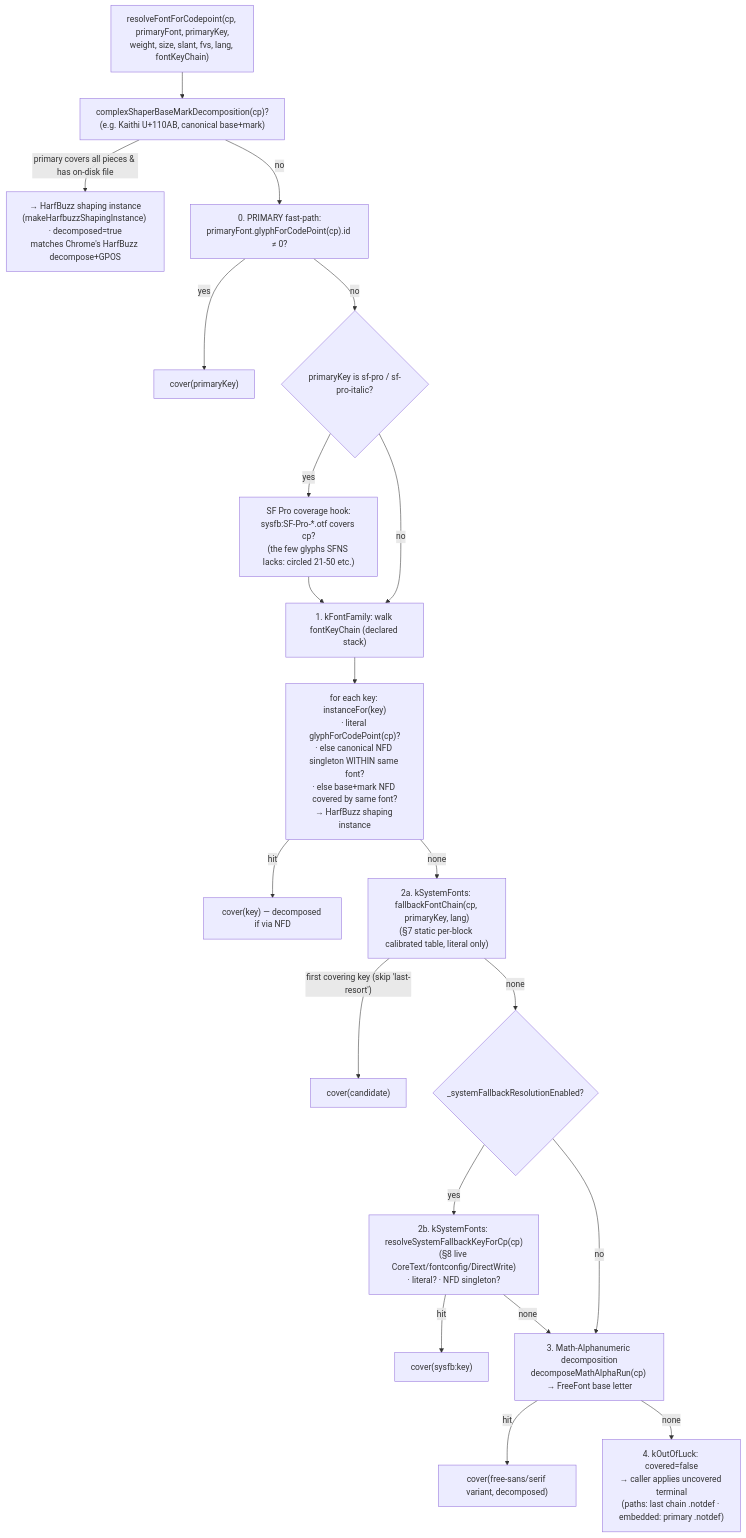
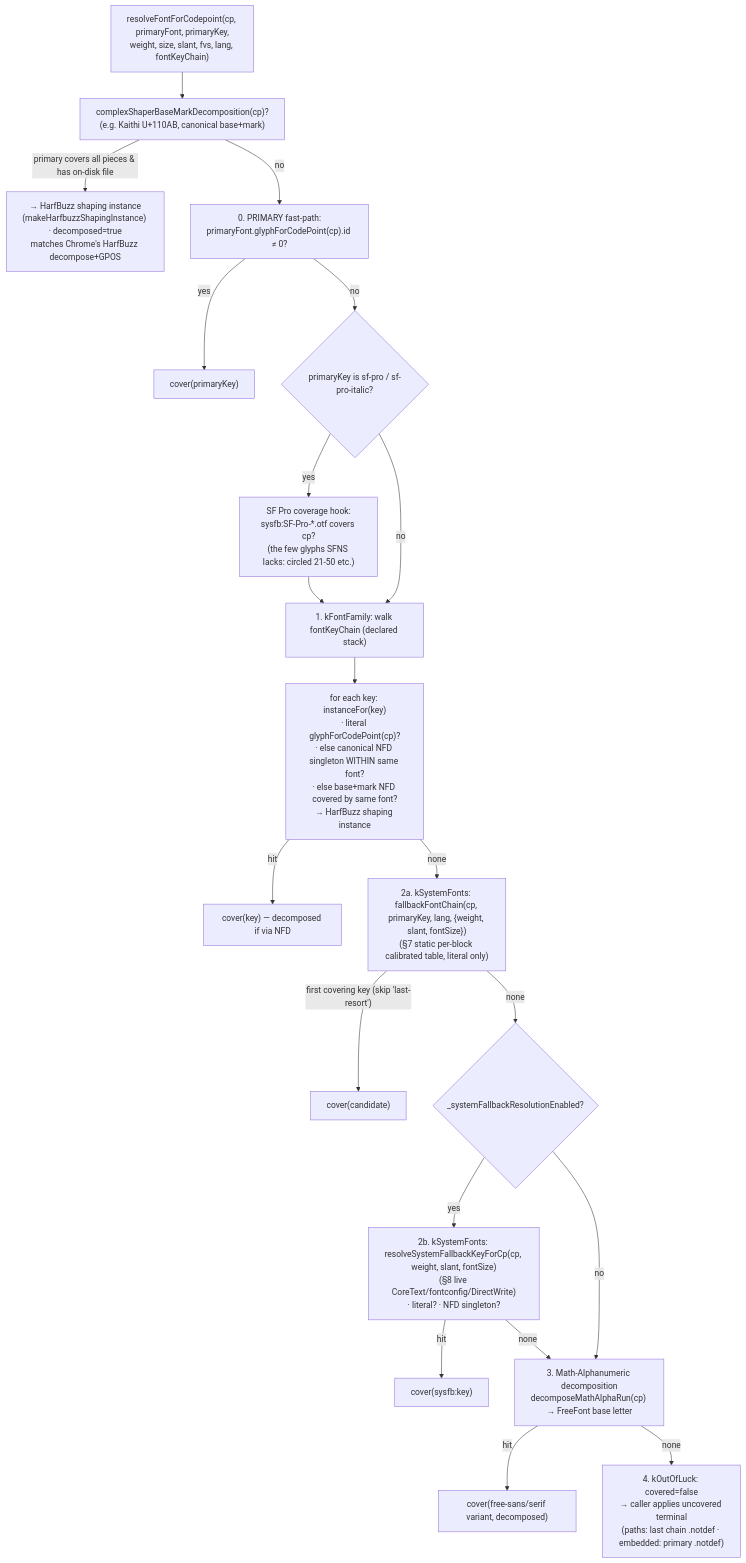
Before and after one commit to brianwestphal/domotion: the sixth of 10 diagrams in docs/font-resolution-diagram.md, drawn with Mermaid. The commit also changed other lines of this file and 7 other files, not shown here.

````diff
--- a/docs/font-resolution-diagram.md
+++ b/docs/font-resolution-diagram.md
@@ -437,22 +437,22 @@
 ```mermaid
 flowchart TD
   F0["resolveFontForCodepoint(cp, primaryFont, primaryKey,<br/>weight, size, slant, fvs, lang, fontKeyChain)"] --> FC["complexShaperBaseMarkDecomposition(cp)?<br/>(e.g. Kaithi U+110AB, canonical base+mark)"]
   FC -->|"primary covers all pieces & has on-disk file"| FCH["→ HarfBuzz shaping instance<br/>(makeHarfbuzzShapingInstance) · decomposed=true<br/>matches Chrome's HarfBuzz decompose+GPOS"]
   FC -->|"no"| F1["0. PRIMARY fast-path:<br/>primaryFont.glyphForCodePoint(cp).id ≠ 0?"]
   F1 -->|"yes"| F1H["cover(primaryKey)"]
   F1 -->|"no"| FSF{"primaryKey is sf-pro / sf-pro-italic?"}
   FSF -->|"yes"| FSF1["SF Pro coverage hook:<br/>sysfb:SF-Pro-*.otf covers cp?<br/>(the few glyphs SFNS lacks: circled 21-50 etc.)"]
   FSF1 --> F2
   FSF -->|"no"| F2["1. kFontFamily: walk fontKeyChain (declared stack)"]
   F2 --> F2A["for each key: instanceFor(key)<br/>· literal glyphForCodePoint(cp)?<br/>· else canonical NFD singleton WITHIN same font?<br/>· else base+mark NFD covered by same font?<br/>→ HarfBuzz shaping instance"]
   F2A -->|"hit"| F2H["cover(key) — decomposed if via NFD"]
-  F2A -->|"none"| F3["2a. kSystemFonts: fallbackFontChain(cp, primaryKey, lang)<br/>(§7 static per-block calibrated table, literal only)"]
+  F2A -->|"none"| F3["2a. kSystemFonts: fallbackFontChain(cp, primaryKey, lang, {weight, slant, fontSize})<br/>(§7 static per-block calibrated table, literal only)"]
   F3 -->|"first covering key (skip 'last-resort')"| F3H["cover(candidate)"]
   F3 -->|"none"| F4{"_systemFallbackResolutionEnabled?"}
-  F4 -->|"yes"| F4A["2b. kSystemFonts: resolveSystemFallbackKeyForCp(cp)<br/>(§8 live CoreText/fontconfig/DirectWrite)<br/>· literal? · NFD singleton?"]
+  F4 -->|"yes"| F4A["2b. kSystemFonts: resolveSystemFallbackKeyForCp(cp, weight, slant, fontSize)<br/>(§8 live CoreText/fontconfig/DirectWrite)<br/>· literal? · NFD singleton?"]
   F4A -->|"hit"| F4H["cover(sysfb:key)"]
   F4A -->|"none"| F5
   F4 -->|"no"| F5["3. Math-Alphanumeric decomposition<br/>decomposeMathAlphaRun(cp) → FreeFont base letter"]
   F5 -->|"hit"| F5H["cover(free-sans/serif variant, decomposed)"]
   F5 -->|"none"| F6["4. kOutOfLuck: covered=false<br/>→ caller applies uncovered terminal<br/>(paths: last chain .notdef · embedded: primary .notdef)"]
 ```
````
